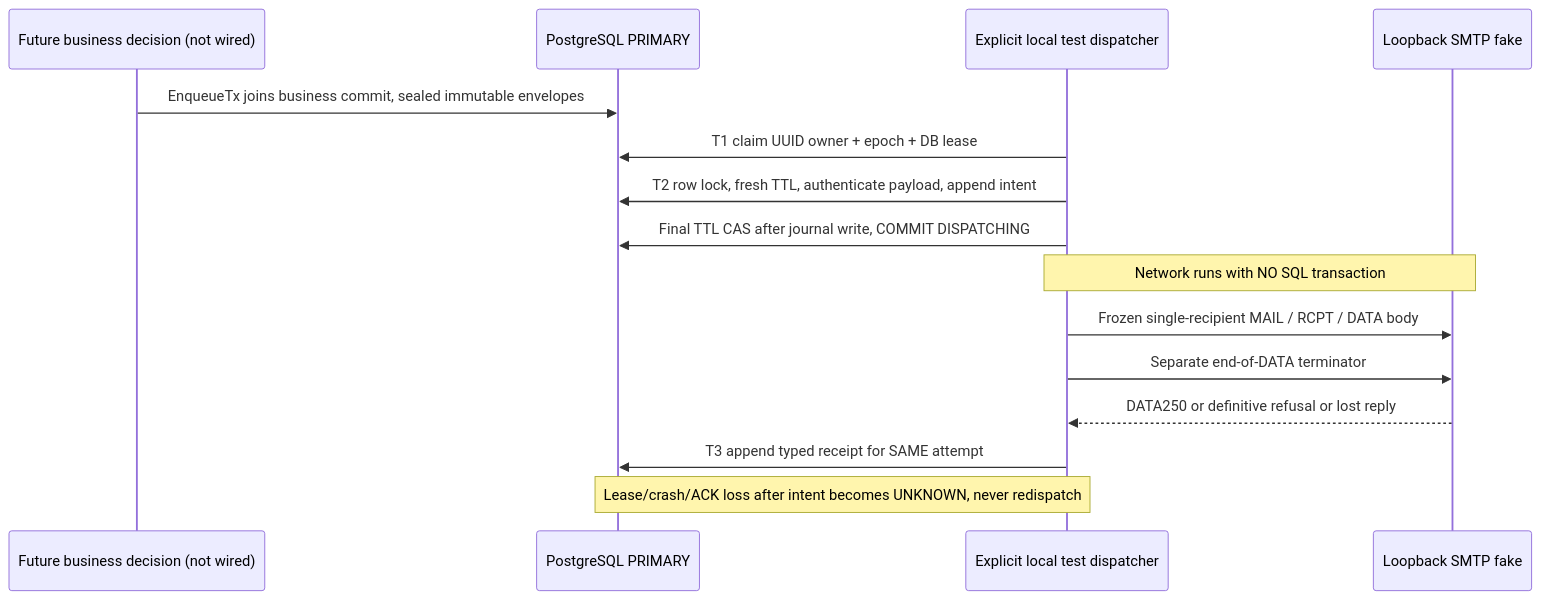
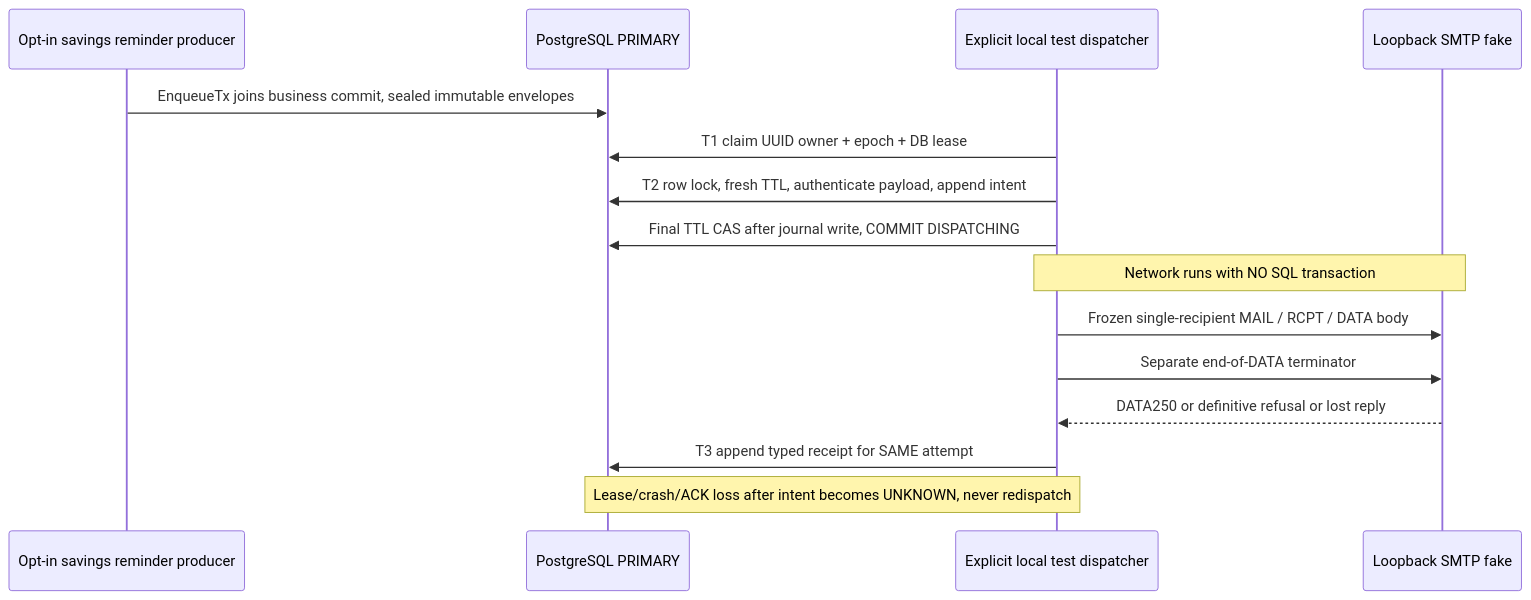
The third of 13 diagrams in docs/architecture/c4/c4-code.md (mutex-solutions/proxcloud), drawn with Mermaid before and after one commit. The commit also changed other lines of this file and 25 other files, not shown here.

Commit message:
feat(mail): enqueue savings reminder decisions atomically

````diff
--- a/docs/architecture/c4/c4-code.md
+++ b/docs/architecture/c4/c4-code.md
@@ -59,17 +85,17 @@
 ```mermaid
 sequenceDiagram
-  participant B as Future business decision (not wired)
+  participant B as Opt-in savings reminder producer
   participant D as PostgreSQL PRIMARY
   participant W as Explicit local test dispatcher
   participant S as Loopback SMTP fake
   B->>D: EnqueueTx joins business commit, sealed immutable envelopes
   W->>D: T1 claim UUID owner + epoch + DB lease
   W->>D: T2 row lock, fresh TTL, authenticate payload, append intent
   W->>D: Final TTL CAS after journal write, COMMIT DISPATCHING
   Note over W,S: Network runs with NO SQL transaction
   W->>S: Frozen single-recipient MAIL / RCPT / DATA body
   W->>S: Separate end-of-DATA terminator
   S-->>W: DATA250 or definitive refusal or lost reply
   W->>D: T3 append typed receipt for SAME attempt
   Note over W,D: Lease/crash/ACK loss after intent becomes UNKNOWN, never redispatch
 ```
````
